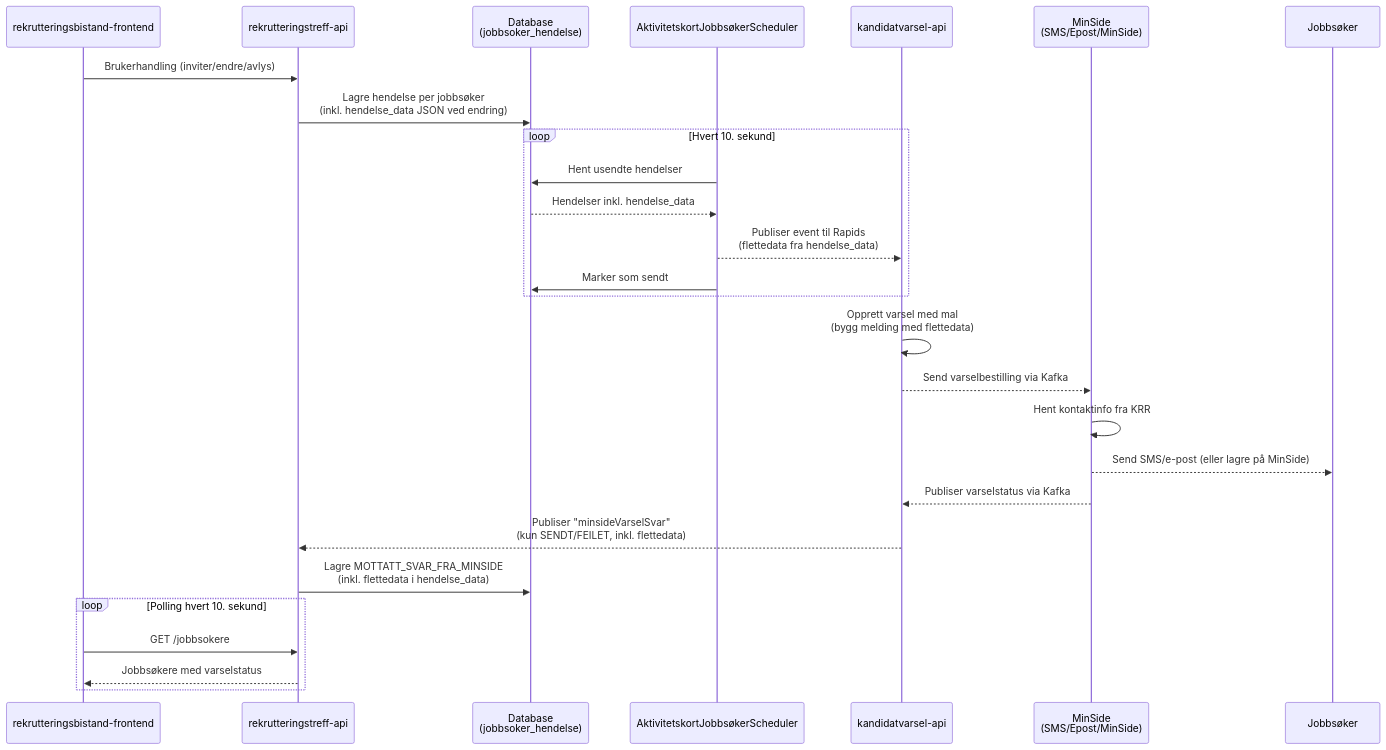
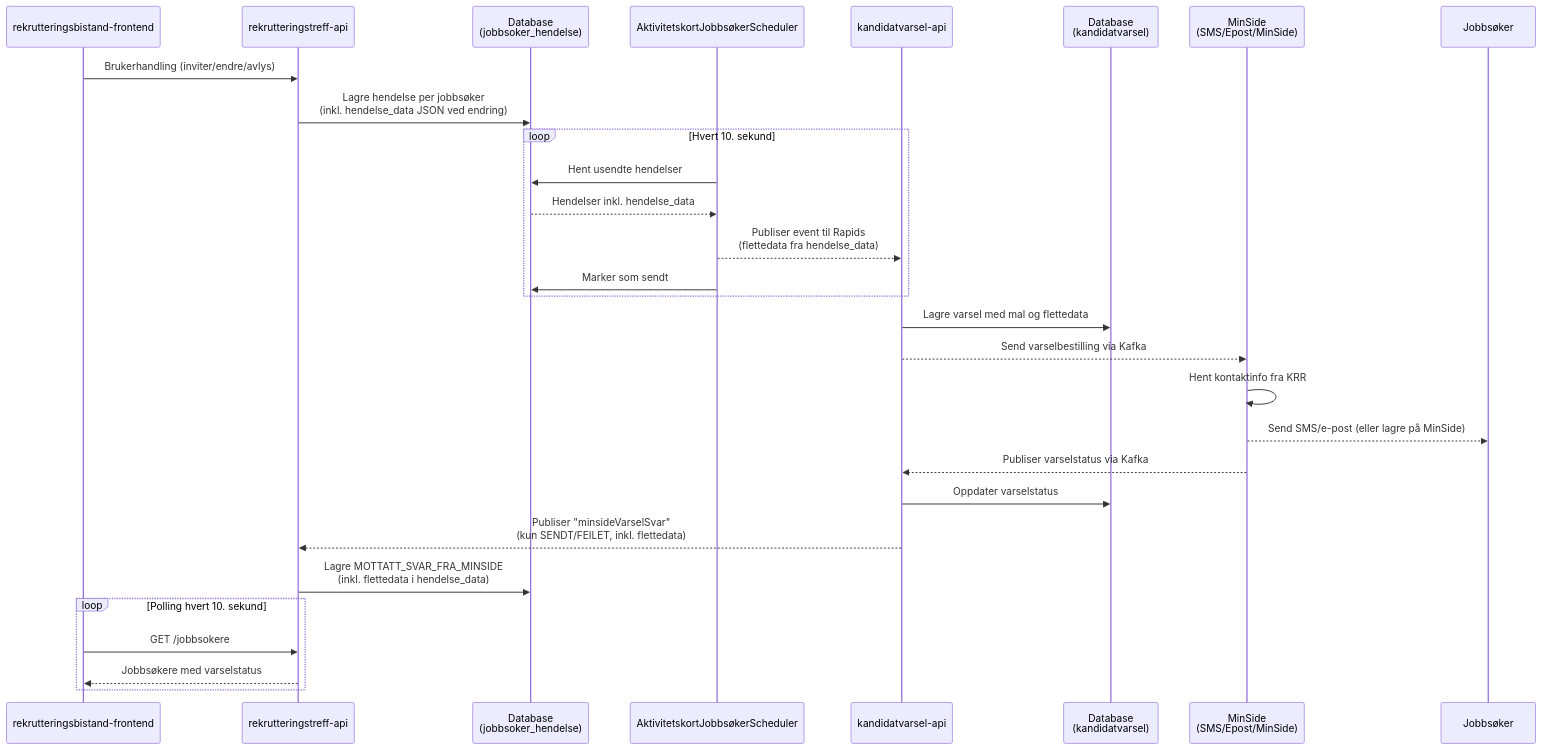
One commit to navikt/rekrutteringstreff-backend changed the diagram in docs/4-integrasjoner/varsling.md. Above: the diagram before and after it, drawn with Mermaid.

Commit message:
Oppdater varslingsdokument

````diff
--- a/docs/4-integrasjoner/varsling.md
+++ b/docs/4-integrasjoner/varsling.md
@@ -19,32 +19,34 @@
 ```mermaid
 sequenceDiagram
     participant FE as rekrutteringsbistand-frontend
     participant API as rekrutteringstreff-api
     participant DB as Database<br/>(jobbsoker_hendelse)
     participant Scheduler as AktivitetskortJobbsøkerScheduler
     participant KV as kandidatvarsel-api
+    participant KVDB as Database<br/>(kandidatvarsel)
     participant MS as MinSide<br/>(SMS/Epost/MinSide)
 
     FE->>API: Brukerhandling (inviter/endre/avlys)
     API->>DB: Lagre hendelse per jobbsøker<br/>(inkl. hendelse_data JSON ved endring)
 
     loop Hvert 10. sekund
         Scheduler->>DB: Hent usendte hendelser
         DB-->>Scheduler: Hendelser inkl. hendelse_data
         Scheduler-->>KV: Publiser event til Rapids<br/>(flettedata fra hendelse_data)
         Scheduler->>DB: Marker som sendt
     end
 
-    KV->>KV: Opprett varsel med mal<br/>(bygg melding med flettedata)
+    KV->>KVDB: Lagre varsel med mal og flettedata
     KV-->>MS: Send varselbestilling via Kafka
     MS->>MS: Hent kontaktinfo fra KRR
     MS-->>Jobbsøker: Send SMS/e-post (eller lagre på MinSide)
     MS-->>KV: Publiser varselstatus via Kafka
+    KV->>KVDB: Oppdater varselstatus
     KV-->>API: Publiser "minsideVarselSvar"<br/>(kun SENDT/FEILET, inkl. flettedata)
     API->>DB: Lagre MOTTATT_SVAR_FRA_MINSIDE<br/>(inkl. flettedata i hendelse_data)
 
     loop Polling hvert 10. sekund
         FE->>API: GET /jobbsokere
         API-->>FE: Jobbsøkere med varselstatus
     end
 ```
````
